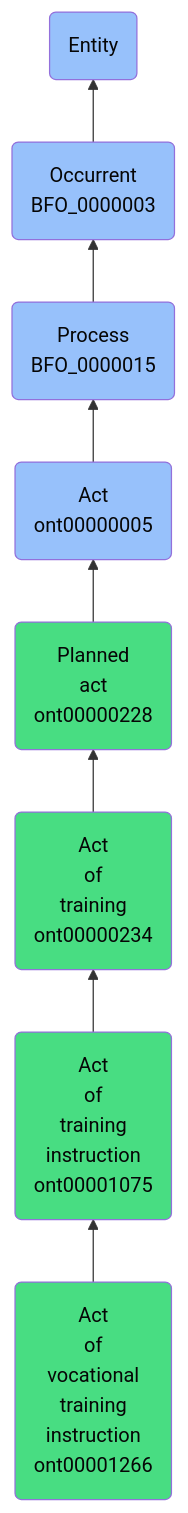
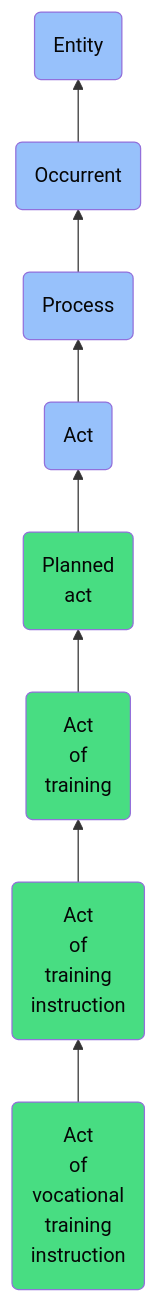
The diagram in docs/ontology/reference/model/Entity/Occurrent/Process/Act/Planned act/Act of training/Act of training instruction/Act of vocational training instruction/Act of vocational training instruction.md (jupyter-naas/abi), drawn with Mermaid before and after one commit. The commit also changed other lines of this file and 1430 other files, not shown here.

````diff
--- a/docs/ontology/reference/model/Entity/Occurrent/Process/Act/Planned act/Act of training/Act of training instruction/Act of vocational training instruction/Act of vocational training instruction.md
+++ b/docs/ontology/reference/model/Entity/Occurrent/Process/Act/Planned act/Act of training/Act of training instruction/Act of vocational training instruction/Act of vocational training instruction.md
@@ -24,15 +24,15 @@
 ```mermaid
 graph BT
-    ont00001266(Act<br>of<br>vocational<br>training<br>instruction<br>ont00001266):::ABI-->ont00001075
-    ont00001075(Act<br>of<br>training<br>instruction<br>ont00001075):::ABI-->ont00000234
-    ont00000234(Act<br>of<br>training<br>ont00000234):::ABI-->ont00000228
-    ont00000228(Planned<br>act<br>ont00000228):::ABI-->ont00000005
-    ont00000005(Act<br>ont00000005):::BFO-->BFO_0000015
-    BFO_0000015(Process<br>BFO_0000015):::BFO-->BFO_0000003
-    BFO_0000003(Occurrent<br>BFO_0000003):::BFO-->BFO_0000001
+    ont00001266(Act<br>of<br>vocational<br>training<br>instruction):::ABI-->ont00001075
+    ont00001075(Act<br>of<br>training<br>instruction):::ABI-->ont00000234
+    ont00000234(Act<br>of<br>training):::ABI-->ont00000228
+    ont00000228(Planned<br>act):::ABI-->ont00000005
+    ont00000005(Act):::BFO-->BFO_0000015
+    BFO_0000015(Process):::BFO-->BFO_0000003
+    BFO_0000003(Occurrent):::BFO-->BFO_0000001
     BFO_0000001(Entity):::BFO
     
     classDef BFO fill:#97c1fb,color:#060606
     classDef CCO fill:#e4c51e,color:#060606
     classDef ABI fill:#48DD82,color:#060606
 ```
````
